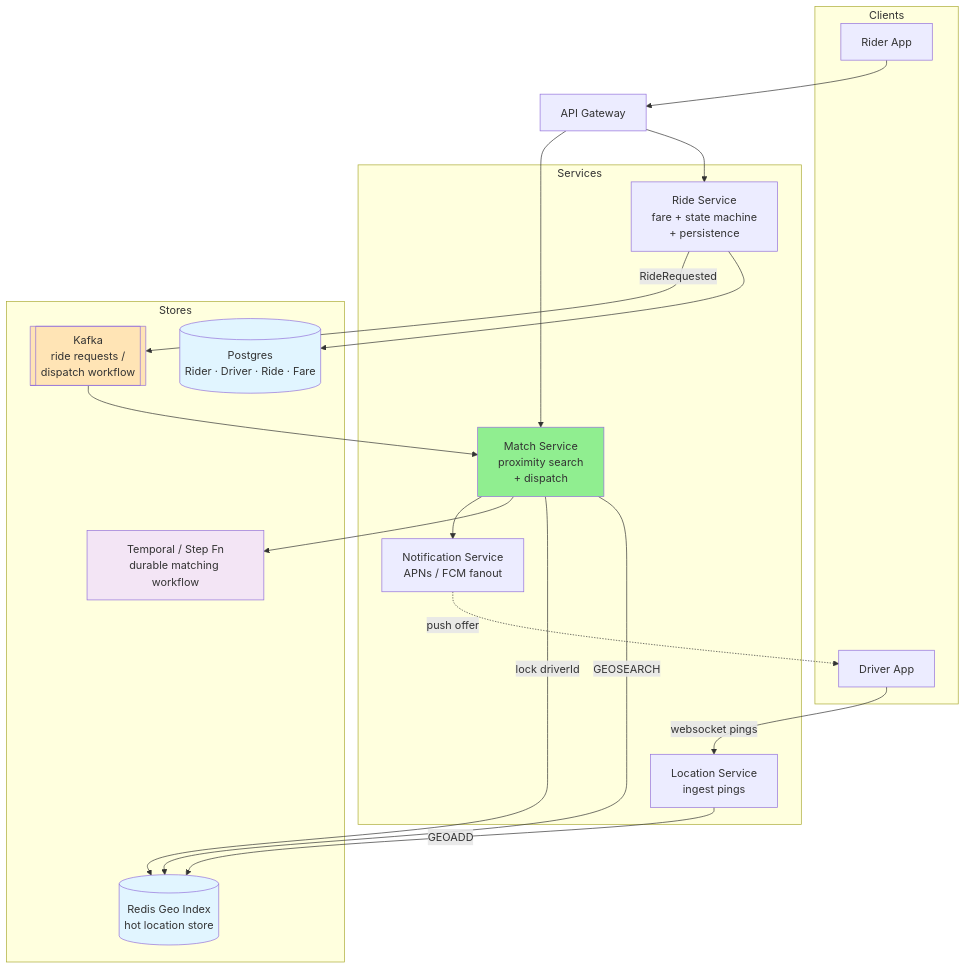
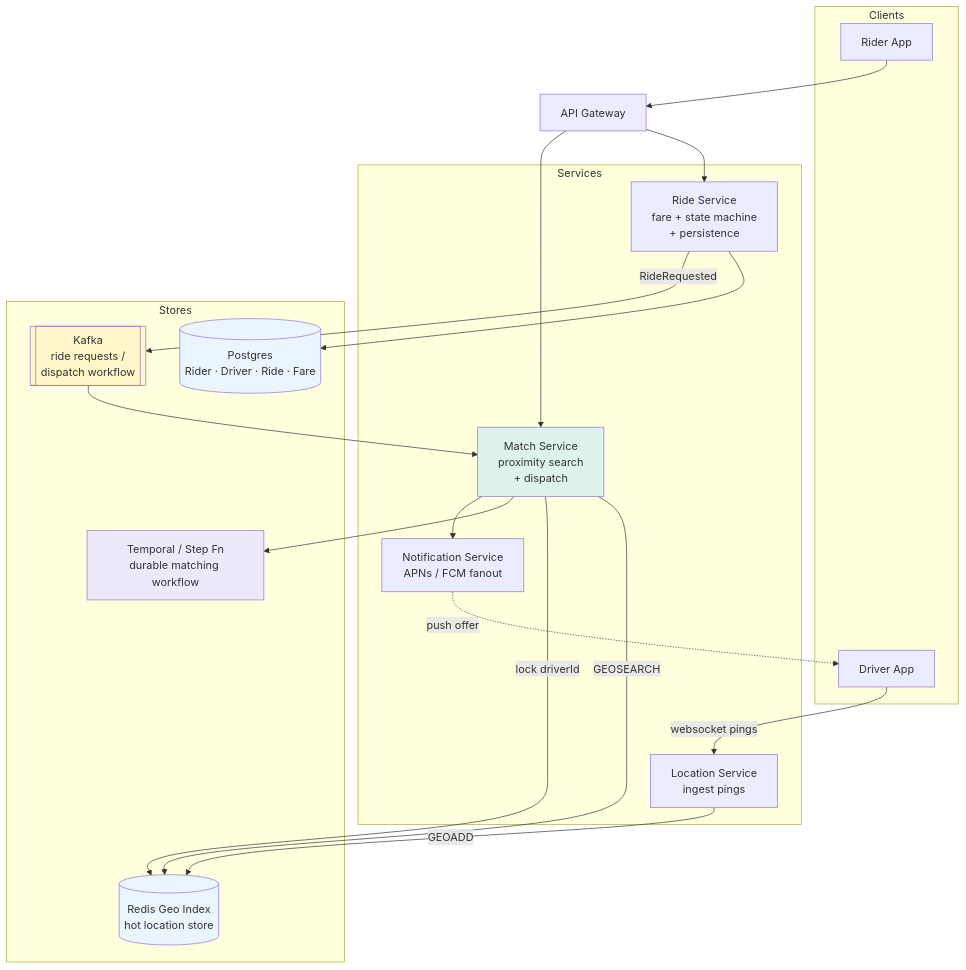
The first of 4 diagrams in LLD/questions/Design Uber.md (cartmancodes/InterviewVault), drawn with Mermaid before and after one commit. The commit also changed other lines of this file and 679 other files, not shown here.

Commit message:
Unify content diagrams and add accessible visual walkthroughs

````diff
--- a/LLD/questions/Design Uber.md
+++ b/LLD/questions/Design Uber.md
@@ -126,43 +126,43 @@
 ```mermaid
 graph TB
     subgraph Clients
         RA[Rider App]
         DA[Driver App]
     end
 
     GW[API Gateway]
 
     subgraph Services
         RS[Ride Service<br/>fare + state machine<br/>+ persistence]
         LS[Location Service<br/>ingest pings]
         MS[Match Service<br/>proximity search<br/>+ dispatch]
         NS[Notification Service<br/>APNs / FCM fanout]
     end
 
     subgraph Stores
         REDIS[(Redis Geo Index<br/>hot location store)]
         PG[(Postgres<br/>Rider · Driver · Ride · Fare)]
         KAFKA[[Kafka<br/>ride requests /<br/>dispatch workflow]]
         WF[Temporal / Step Fn<br/>durable matching workflow]
     end
 
     RA --> GW
     DA -->|websocket pings| LS
     GW --> RS
     GW --> MS
     RS --> PG
     RS -->|RideRequested| KAFKA
     LS -->|GEOADD| REDIS
     KAFKA --> MS
     MS -->|GEOSEARCH| REDIS
     MS -->|lock driverId| REDIS
     MS --> WF
     MS --> NS
     NS -.push offer.-> DA
 
-    style REDIS fill:#e1f5ff
-    style PG fill:#e1f5ff
-    style KAFKA fill:#FFE4B5
-    style WF fill:#f3e5f5
-    style MS fill:#90EE90
+    style REDIS fill:#EAF5FD
+    style PG fill:#EAF5FD
+    style KAFKA fill:#FFF6C9
+    style WF fill:#EDE8FA
+    style MS fill:#DDF3EC
 ```
````
